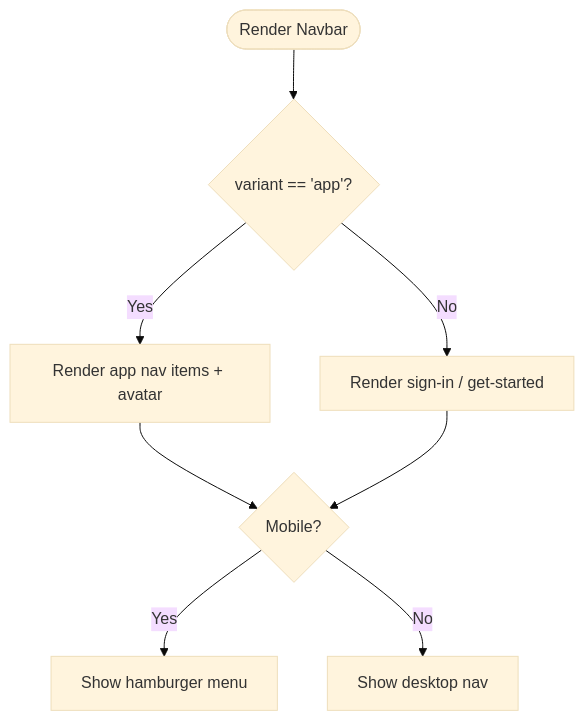
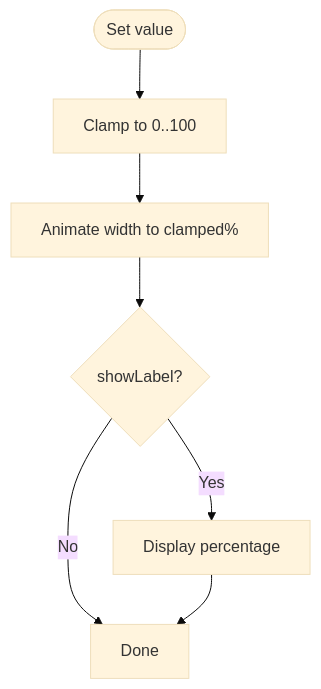
The seventh of 9 diagrams in .qoder/repowiki/en/content/Component Library/Component Library.md (Daniiyal-creates/MedAce-AI), drawn with Mermaid (base theme) before and after one commit. The commit also changed other lines of this file and 159 other files, not shown here.

````diff
--- a/.qoder/repowiki/en/content/Component Library/Component Library.md
+++ b/.qoder/repowiki/en/content/Component Library/Component Library.md
@@ -370,10 +332,9 @@
 ```mermaid
 flowchart TD
-Start(["Render Navbar"]) --> Variant{"variant == 'app'?"}
-Variant --> |Yes| AppNav["Render app nav items + avatar"]
-Variant --> |No| LandingNav["Render sign-in / get-started"]
-AppNav --> MobileCheck{"Mobile?"}
-LandingNav --> MobileCheck
-MobileCheck --> |Yes| Menu["Show hamburger menu"]
-MobileCheck --> |No| Desktop["Show desktop nav"]
+Start(["Set value"]) --> Clamp["Clamp to 0..100"]
+Clamp --> Animate["Animate width to clamped%"]
+Animate --> Label{"showLabel?"}
+Label --> |Yes| Show["Display percentage"]
+Label --> |No| Done["Done"]
+Show --> Done
 ```
````
